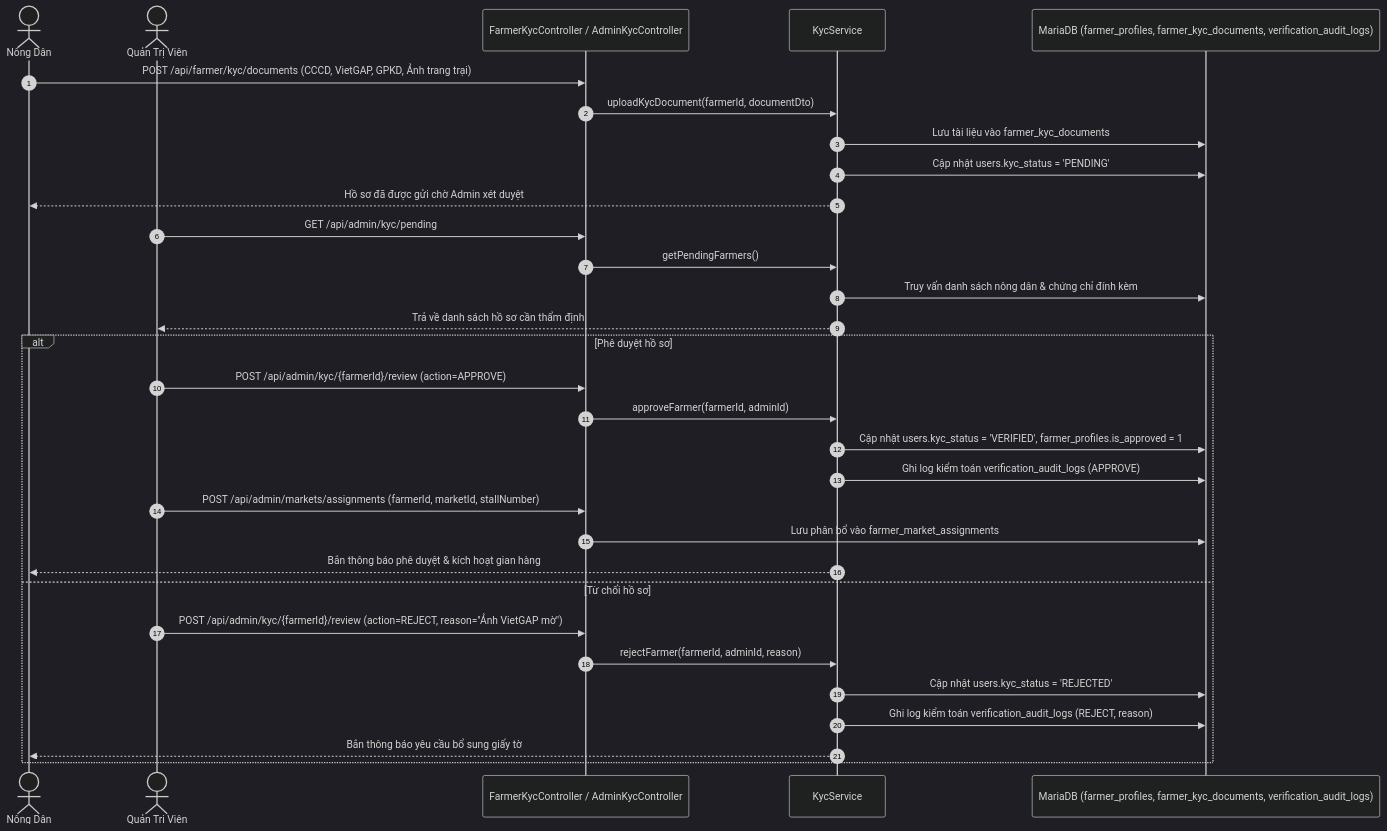
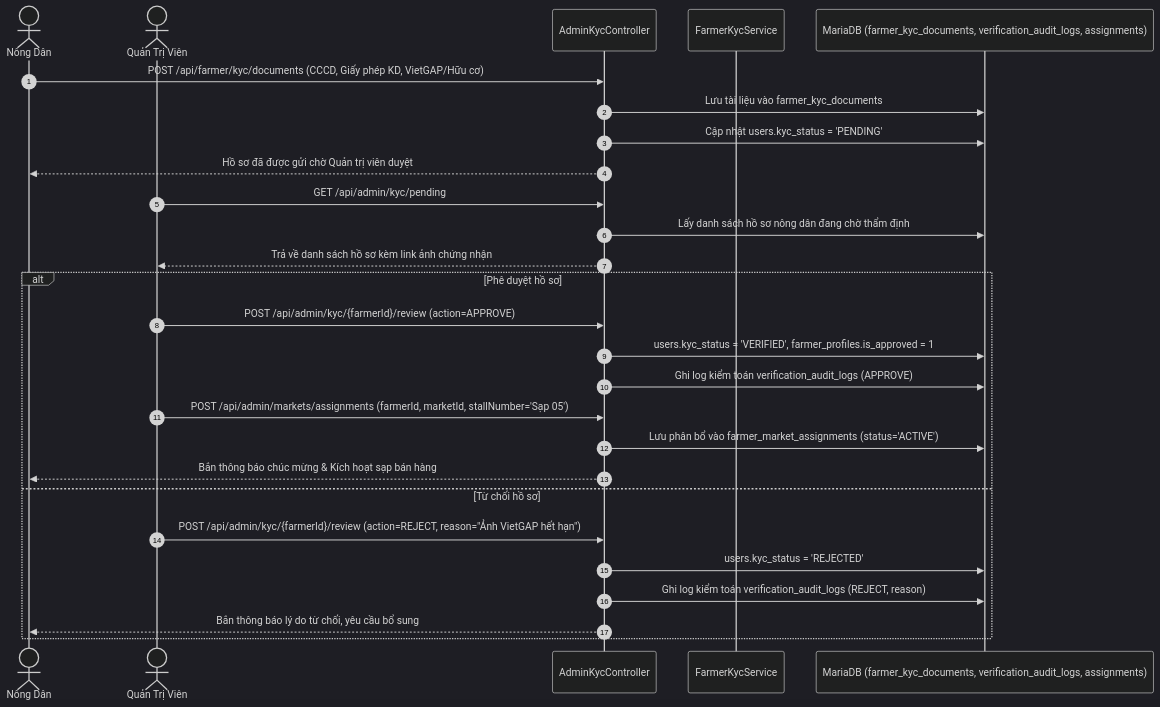
One commit to nnquanga24051/Gravity_backend_marketlink_techwiz7 changed the third of 6 diagrams in LUONG_HOAT_DONG_TOAN_BO_DU_AN_MARKETLINK.md. Above: the diagram before and after it, drawn with Mermaid (dark theme). The commit also changed other lines of this file and 164 other files, not shown here.

````diff
--- a/LUONG_HOAT_DONG_TOAN_BO_DU_AN_MARKETLINK.md
+++ b/LUONG_HOAT_DONG_TOAN_BO_DU_AN_MARKETLINK.md
@@ -217,36 +330,32 @@
 ```mermaid
 sequenceDiagram
     autonumber
     actor Farmer as Nông Dân
     actor Admin as Quản Trị Viên
-    participant KycCtrl as FarmerKycController / AdminKycController
-    participant KycService as KycService
-    participant DB as MariaDB (farmer_profiles, farmer_kyc_documents, verification_audit_logs)
+    participant KycCtrl as AdminKycController
+    participant KycService as FarmerKycService
+    participant DB as MariaDB (farmer_kyc_documents, verification_audit_logs, assignments)
 
-    Farmer->>KycCtrl: POST /api/farmer/kyc/documents (CCCD, VietGAP, GPKD, Ảnh trang trại)
-    KycCtrl->>KycService: uploadKycDocument(farmerId, documentDto)
-    KycService->>DB: Lưu tài liệu vào farmer_kyc_documents
-    KycService->>DB: Cập nhật users.kyc_status = 'PENDING'
-    KycService-->>Farmer: Hồ sơ đã được gửi chờ Admin xét duyệt
+    Farmer->>KycCtrl: POST /api/farmer/kyc/documents (CCCD, Giấy phép KD, VietGAP/Hữu cơ)
+    KycCtrl->>DB: Lưu tài liệu vào farmer_kyc_documents
+    KycCtrl->>DB: Cập nhật users.kyc_status = 'PENDING'
+    KycCtrl-->>Farmer: Hồ sơ đã được gửi chờ Quản trị viên duyệt
 
     Admin->>KycCtrl: GET /api/admin/kyc/pending
-    KycCtrl->>KycService: getPendingFarmers()
-    KycService->>DB: Truy vấn danh sách nông dân & chứng chỉ đính kèm
-    KycService-->>Admin: Trả về danh sách hồ sơ cần thẩm định
+    KycCtrl->>DB: Lấy danh sách hồ sơ nông dân đang chờ thẩm định
+    KycCtrl-->>Admin: Trả về danh sách hồ sơ kèm link ảnh chứng nhận
 
     alt Phê duyệt hồ sơ
         Admin->>KycCtrl: POST /api/admin/kyc/{farmerId}/review (action=APPROVE)
-        KycCtrl->>KycService: approveFarmer(farmerId, adminId)
-        KycService->>DB: Cập nhật users.kyc_status = 'VERIFIED', farmer_profiles.is_approved = 1
-        KycService->>DB: Ghi log kiểm toán verification_audit_logs (APPROVE)
-        Admin->>KycCtrl: POST /api/admin/markets/assignments (farmerId, marketId, stallNumber)
-        KycCtrl->>DB: Lưu phân bổ vào farmer_market_assignments
-        KycService-->>Farmer: Bắn thông báo phê duyệt & kích hoạt gian hàng
+        KycCtrl->>DB: users.kyc_status = 'VERIFIED', farmer_profiles.is_approved = 1
+        KycCtrl->>DB: Ghi log kiểm toán verification_audit_logs (APPROVE)
+        Admin->>KycCtrl: POST /api/admin/markets/assignments (farmerId, marketId, stallNumber='Sạp 05')
+        KycCtrl->>DB: Lưu phân bổ vào farmer_market_assignments (status='ACTIVE')
+        KycCtrl-->>Farmer: Bắn thông báo chúc mừng & Kích hoạt sạp bán hàng
     else Từ chối hồ sơ
-        Admin->>KycCtrl: POST /api/admin/kyc/{farmerId}/review (action=REJECT, reason="Ảnh VietGAP mờ")
-        KycCtrl->>KycService: rejectFarmer(farmerId, adminId, reason)
-        KycService->>DB: Cập nhật users.kyc_status = 'REJECTED'
-        KycService->>DB: Ghi log kiểm toán verification_audit_logs (REJECT, reason)
-        KycService-->>Farmer: Bắn thông báo yêu cầu bổ sung giấy tờ
+        Admin->>KycCtrl: POST /api/admin/kyc/{farmerId}/review (action=REJECT, reason="Ảnh VietGAP hết hạn")
+        KycCtrl->>DB: users.kyc_status = 'REJECTED'
+        KycCtrl->>DB: Ghi log kiểm toán verification_audit_logs (REJECT, reason)
+        KycCtrl-->>Farmer: Bắn thông báo lý do từ chối, yêu cầu bổ sung
     end
 ```
````
